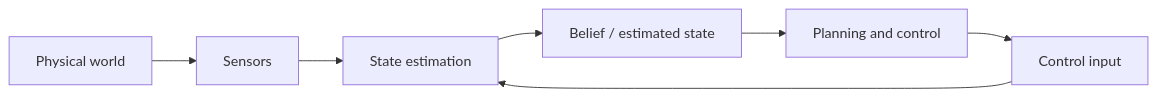
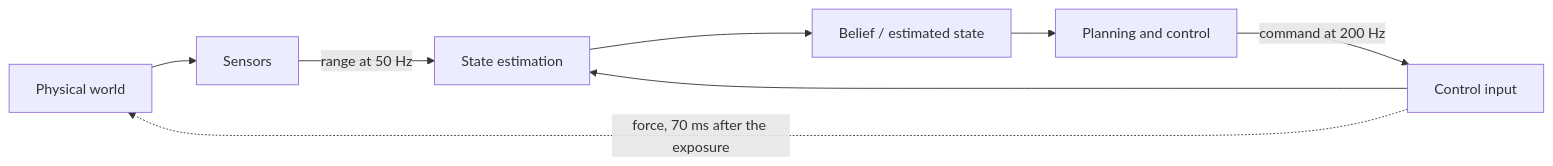
Before and after one commit to jiseop-byeon/phd-wiki: the first of 2 diagrams in content/04-robotics/state-estimation-slam.md, drawn with Mermaid. The commit also changed other lines of this file and 26 other files, not shown here.

````diff
--- a/content/04-robotics/state-estimation-slam.md
+++ b/content/04-robotics/state-estimation-slam.md
@@ -235,9 +240,10 @@
 ```mermaid
 flowchart LR
     W["Physical world"] --> S["Sensors"]
-    S --> E["State estimation"]
+    S -->|"range at 50 Hz"| E["State estimation"]
     U["Control input"] --> E
     E --> B["Belief / estimated state"]
     B --> P["Planning and control"]
-    P --> U
+    P -->|"command at 200 Hz"| U
+    U -.->|"force, 70 ms after the exposure"| W
 ```
````
